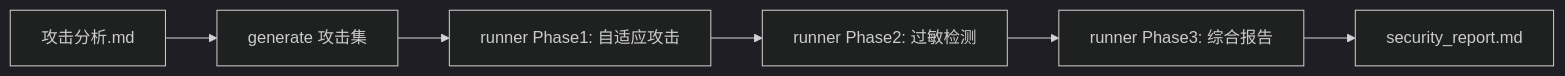
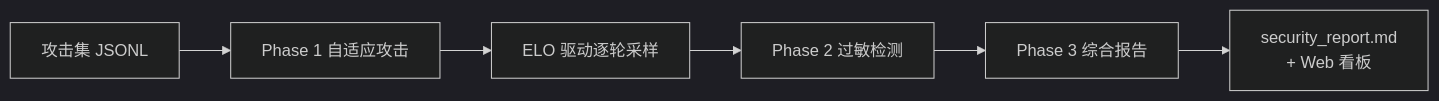
Before and after one commit to JINXia-hz/LLMSafetyTester: the diagram in README.md, drawn with Mermaid (dark theme). The commit also changed other lines of this file and 53 other files, not shown here.

````diff
--- a/README.md
+++ b/README.md
@@ -142,8 +13,8 @@
 ```mermaid
 graph LR
-    A[攻击分析.md] --> B[generate 攻击集]
-    B --> C[runner Phase1: 自适应攻击]
-    C --> D[runner Phase2: 过敏检测]
-    D --> E[runner Phase3: 综合报告]
-    E --> F[security_report.md]
+    A[攻击集 JSONL] --> B[Phase 1 自适应攻击]
+    B --> C[ELO 驱动逐轮采样]
+    C --> D[Phase 2 过敏检测]
+    D --> E[Phase 3 综合报告]
+    E --> F[security_report.md<br/>+ Web 看板]
 ```
````
